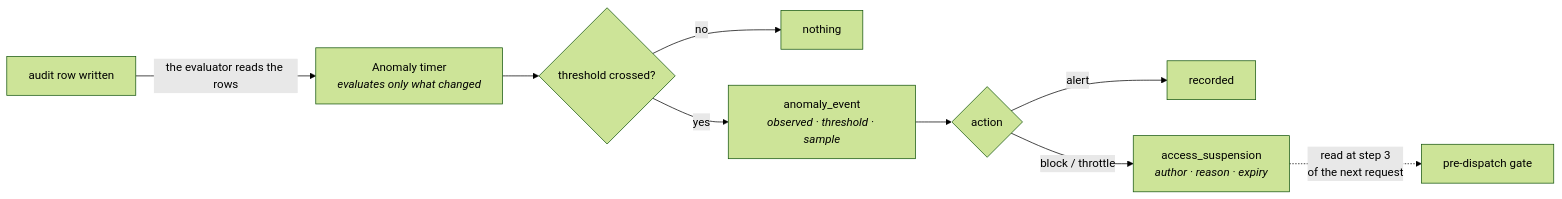
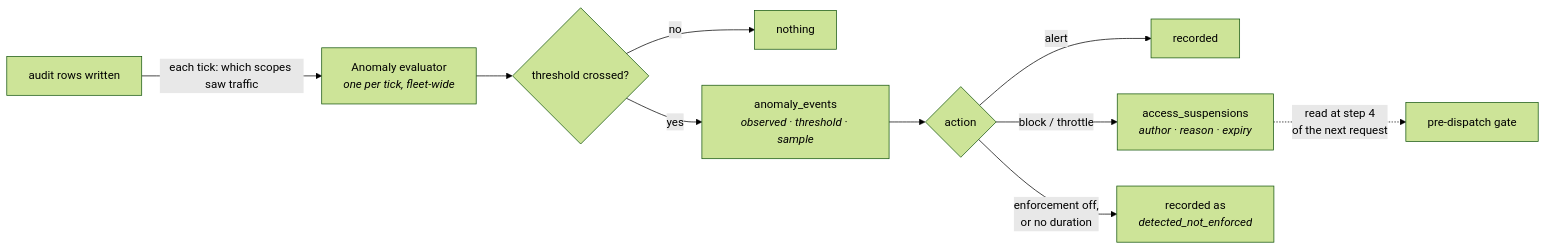
Before and after one commit to InigoImago/AIRA-Gateway: the sixth of 6 diagrams in docs/REQUEST-LIFECYCLE.md, drawn with Mermaid (forest theme). The commit also changed other lines of this file and 179 other files, not shown here.

````diff
--- a/docs/REQUEST-LIFECYCLE.md
+++ b/docs/REQUEST-LIFECYCLE.md
@@ -418,11 +556,12 @@
 ```mermaid
 graph LR
-    row["audit row written"] -->|"the evaluator reads the rows"| tick["Anomaly timer<br/><i>evaluates only what changed</i>"]
+    row["audit rows written"] -->|"each tick: which scopes saw traffic"| tick["Anomaly evaluator<br/><i>one per tick, fleet-wide</i>"]
     tick --> find{"threshold crossed?"}
     find -->|"no"| nothing["nothing"]
-    find -->|"yes"| ev["anomaly_event<br/><i>observed · threshold · sample</i>"]
+    find -->|"yes"| ev["anomaly_events<br/><i>observed · threshold · sample</i>"]
     ev --> act{"action"}
     act -->|"alert"| done["recorded"]
-    act -->|"block / throttle"| dec["access_suspension<br/><i>author · reason · expiry</i>"]
-    dec -.->|"read at step 3<br/>of the next request"| gate["pre-dispatch gate"]
+    act -->|"block / throttle"| dec["access_suspensions<br/><i>author · reason · expiry</i>"]
+    act -->|"enforcement off,<br/>or no duration"| noop["recorded as<br/><i>detected_not_enforced</i>"]
+    dec -.->|"read at step 4<br/>of the next request"| gate["pre-dispatch gate"]
 ```
````
